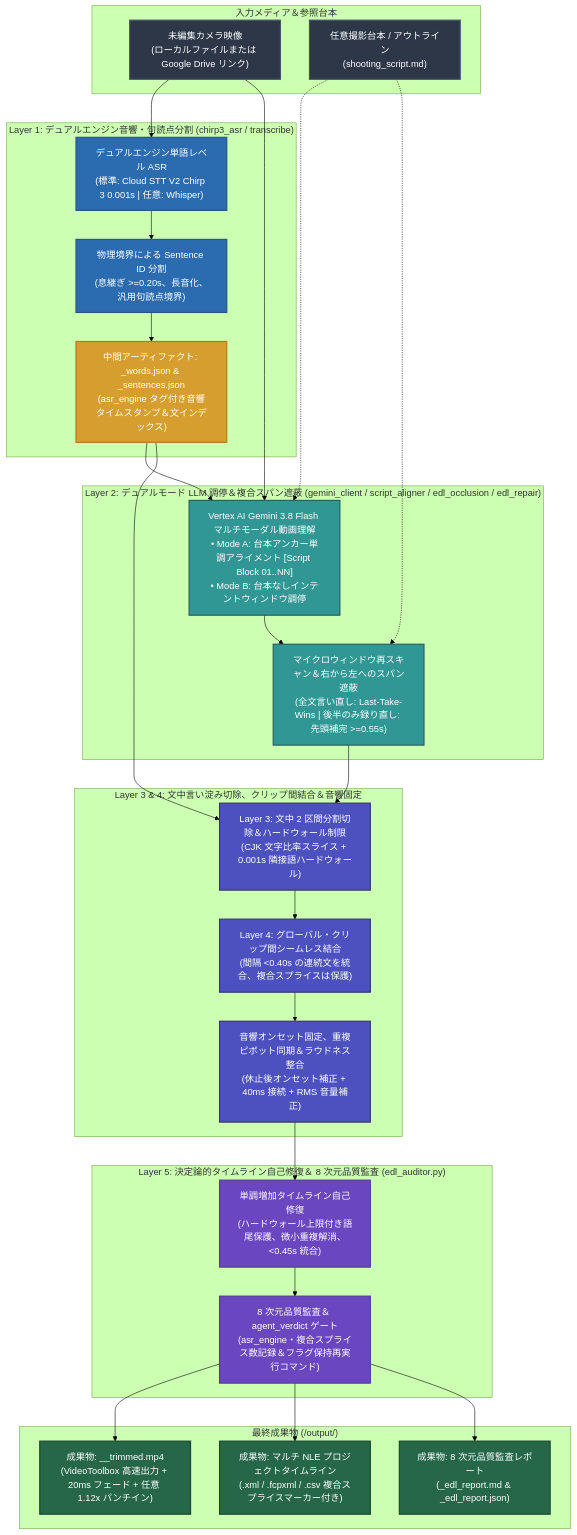
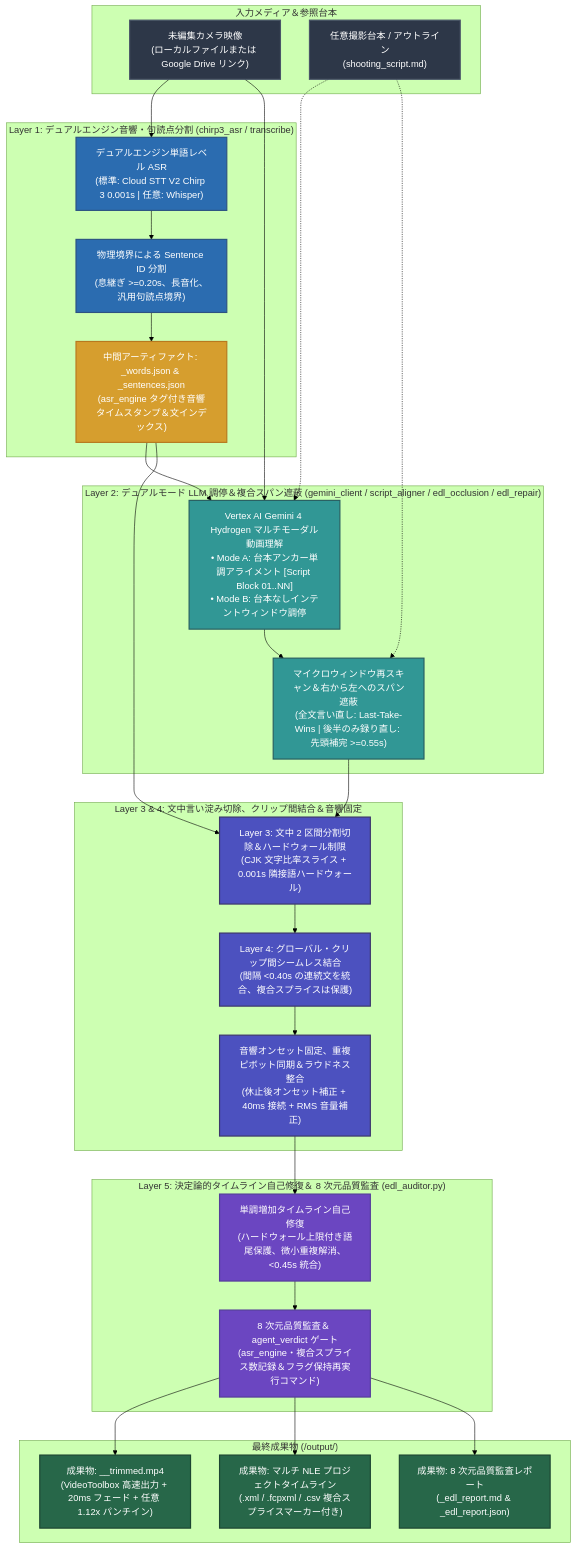
Before and after one commit to sylphlin/video-trimmer: the diagram in README.ja.md, drawn with Mermaid (forest theme). The commit also changed other lines of this file and 13 other files, not shown here.

First line of the commit message:
feat(model): upgrade Layer 2 LLM to Gemini 4 Hydrogen (gemini-4-hydrogen)

````diff
--- a/README.ja.md
+++ b/README.ja.md
@@ -20,59 +22,59 @@
 ```mermaid
 flowchart TD
     classDef inputStyle fill:#2D3748,stroke:#4A5568,stroke-width:2px,color:#fff;
     classDef stage1Style fill:#2B6CB0,stroke:#2C5282,stroke-width:2px,color:#fff;
     classDef stage2Style fill:#319795,stroke:#285E61,stroke-width:2px,color:#fff;
     classDef stage3Style fill:#4C51BF,stroke:#3C366B,stroke-width:2px,color:#fff;
     classDef stage4Style fill:#6B46C1,stroke:#553C9A,stroke-width:2px,color:#fff;
     classDef artifactStyle fill:#D69E2E,stroke:#B7791F,stroke-width:2px,color:#fff;
     classDef outputStyle fill:#276749,stroke:#1C4532,stroke-width:2px,color:#fff;
 
     subgraph Inputs["入力メディア＆参照台本"]
         IN["未編集カメラ映像<br/>(ローカルファイルまたは Google Drive リンク)"]:::inputStyle
         SC["任意撮影台本 / アウトライン<br/>(shooting_script.md)"]:::inputStyle
     end
 
     subgraph L1["Layer 1: デュアルエンジン音響・句読点分割 (chirp3_asr / transcribe)"]
         W_ASR["デュアルエンジン単語レベル ASR<br/>(標準: Cloud STT V2 Chirp 3 0.001s | 任意: Whisper)"]:::stage1Style
         S_SEG["物理境界による Sentence ID 分割<br/>(息継ぎ >=0.20s、長音化、汎用句読点境界)"]:::stage1Style
         W_JSON["中間アーティファクト: <basename>_words.json & _sentences.json<br/>(asr_engine タグ付き音響タイムスタンプ＆文インデックス)"]:::artifactStyle
         W_ASR --> S_SEG --> W_JSON
     end
 
     subgraph L2["Layer 2: デュアルモード LLM 調停＆複合スパン遮蔽 (gemini_client / script_aligner / edl_occlusion / edl_repair)"]
-        MODE["Vertex AI Gemini 3.8 Flash マルチモーダル動画理解<br/>• Mode A: 台本アンカー単調アライメント [Script Block 01..NN]<br/>• Mode B: 台本なしインテントウィンドウ調停"]:::stage2Style
+        MODE["Vertex AI Gemini 4 Hydrogen マルチモーダル動画理解<br/>• Mode A: 台本アンカー単調アライメント [Script Block 01..NN]<br/>• Mode B: 台本なしインテントウィンドウ調停"]:::stage2Style
         REPAIR["マイクロウィンドウ再スキャン＆右から左へのスパン遮蔽<br/>(全文言い直し: Last-Take-Wins | 後半のみ録り直し: 先頭補完 >=0.55s)"]:::stage2Style
         MODE --> REPAIR
     end
 
     subgraph L3_L4["Layer 3 & 4: 文中言い淀み切除、クリップ間結合＆音響固定"]
         L3["Layer 3: 文中 2 区間分割切除＆ハードウォール制限<br/>(CJK 文字比率スライス + 0.001s 隣接語ハードウォール)"]:::stage3Style
         L4["Layer 4: グローバル・クリップ間シームレス結合<br/>(間隔 <0.40s の連続文を統合、複合スプライスは保護)"]:::stage3Style
         AC["音響オンセット固定、重複ピボット同期＆ラウドネス整合<br/>(休止後オンセット補正 + 40ms 接続 + RMS 音量補正)"]:::stage3Style
         L3 --> L4 --> AC
     end
 
     subgraph L5["Layer 5: 決定論的タイムライン自己修復＆ 8 次元品質監査 (edl_auditor.py)"]
         SAN["単調増加タイムライン自己修復<br/>(ハードウォール上限付き語尾保護、微小重複解消、<0.45s 統合)"]:::stage4Style
         AUD["8 次元品質監査＆ agent_verdict ゲート<br/>(asr_engine・複合スプライス数記録＆フラグ保持再実行コマンド)"]:::stage4Style
         SAN --> AUD
     end
 
     subgraph Deliverables["最終成果物 (<input_dir>/output/)"]
         OUT_MP4["成果物: <basename>_<tag>_trimmed.mp4<br/>(VideoToolbox 高速出力 + 20ms フェード + 任意 1.12x パンチイン)"]:::outputStyle
         OUT_NLE["成果物: マルチ NLE プロジェクトタイムライン<br/>(.xml / .fcpxml / .csv 複合スプライスマーカー付き)"]:::outputStyle
         OUT_REP["成果物: 8 次元品質監査レポート<br/>(_edl_report.md & _edl_report.json)"]:::outputStyle
     end
 
     IN --> W_ASR
     IN --> MODE
     SC -.-> MODE
     W_JSON --> MODE
     SC -.-> REPAIR
     REPAIR --> L3
     W_JSON --> L3
     AC --> SAN
     AUD --> OUT_MP4
     AUD --> OUT_NLE
     AUD --> OUT_REP
 ```
````
